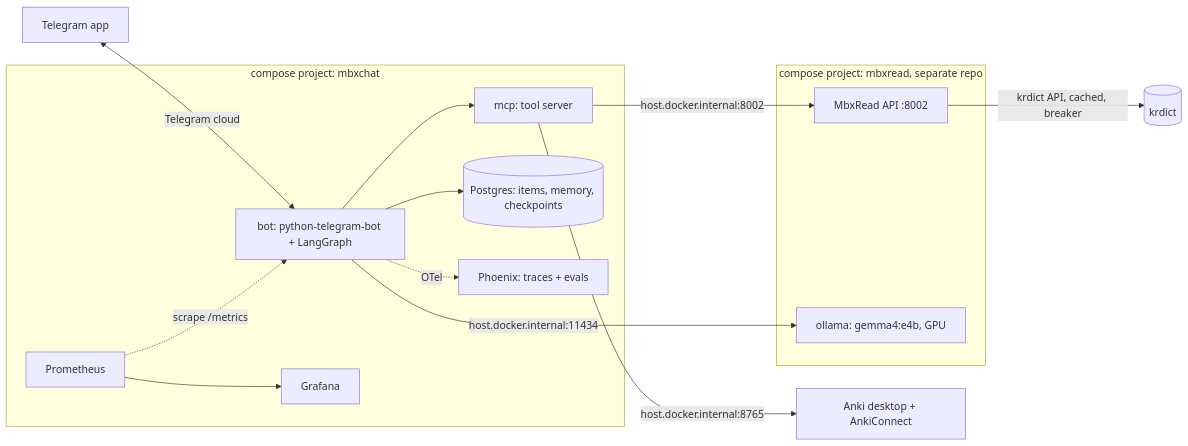
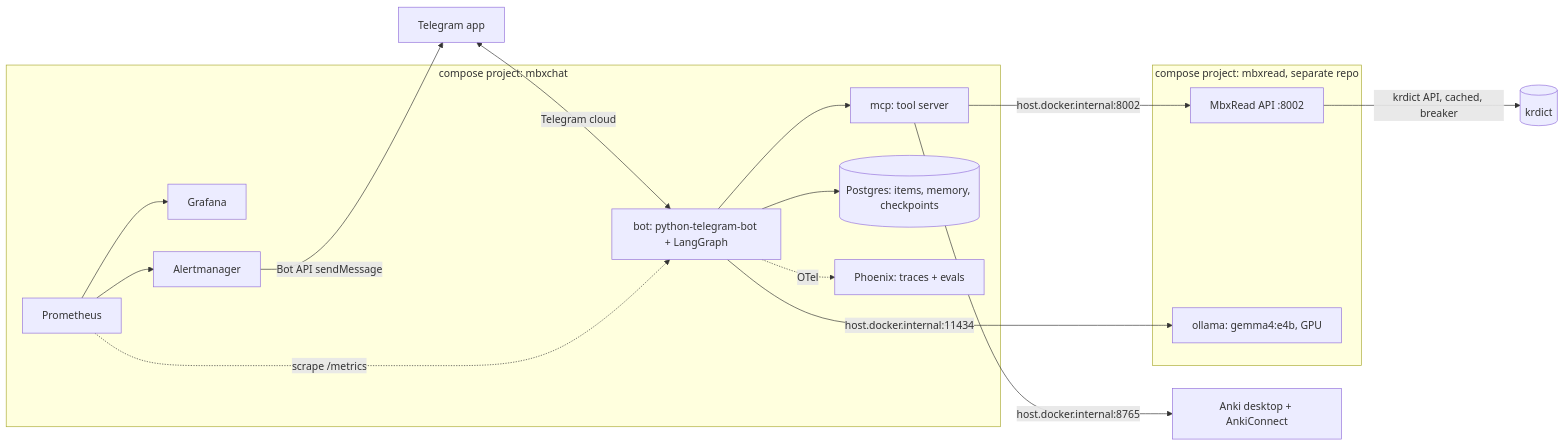
One commit to miobix/MbxChat-public changed the diagram in docs/SPEC.md. Above: the diagram before and after it, drawn with Mermaid. The commit also changed other lines of this file and 22 other files, not shown here.

````diff
--- a/docs/SPEC.md
+++ b/docs/SPEC.md
@@ -29,23 +29,25 @@
 ```mermaid
 flowchart LR
   phone[Telegram app] <-->|Telegram cloud| bot
   subgraph mbxchat [compose project: mbxchat]
     bot[bot: python-telegram-bot + LangGraph]
     mcp[mcp: tool server]
     db[(Postgres: items, memory, checkpoints)]
     phoenix[Phoenix: traces + evals]
     prom[Prometheus] --> grafana[Grafana]
+    prom --> am[Alertmanager]
   end
   subgraph mbxread [compose project: mbxread, separate repo]
     reader[MbxRead API :8002]
     llm[ollama: gemma4:e4b, GPU]
   end
   bot --> mcp
   bot --> db
   bot -->|host.docker.internal:11434| llm
   bot -.OTel.-> phoenix
   prom -.scrape /metrics.-> bot
+  am -->|Bot API sendMessage| phone
   mcp -->|host.docker.internal:8002| reader
   reader -->|krdict API, cached, breaker| krdict[(krdict)]
   mcp -->|host.docker.internal:8765| anki[Anki desktop + AnkiConnect]
 ```
````
